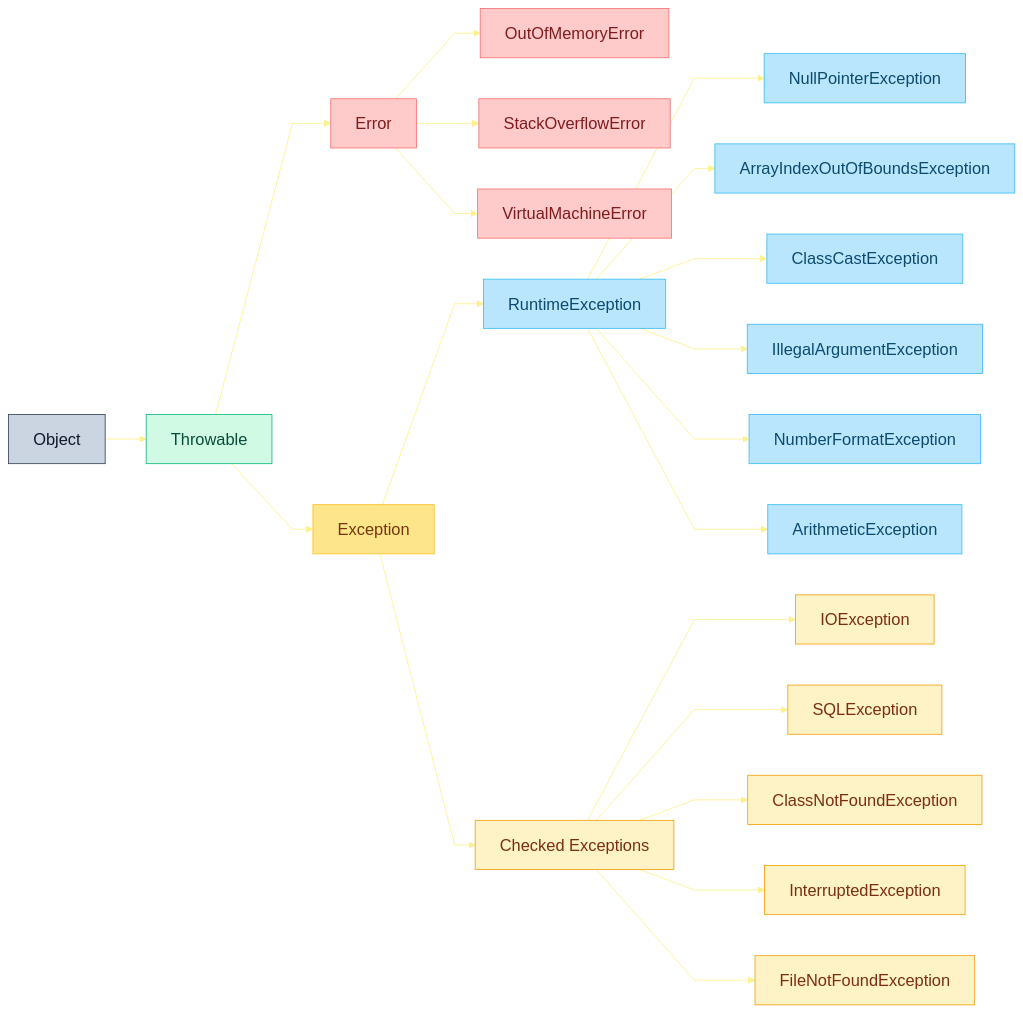
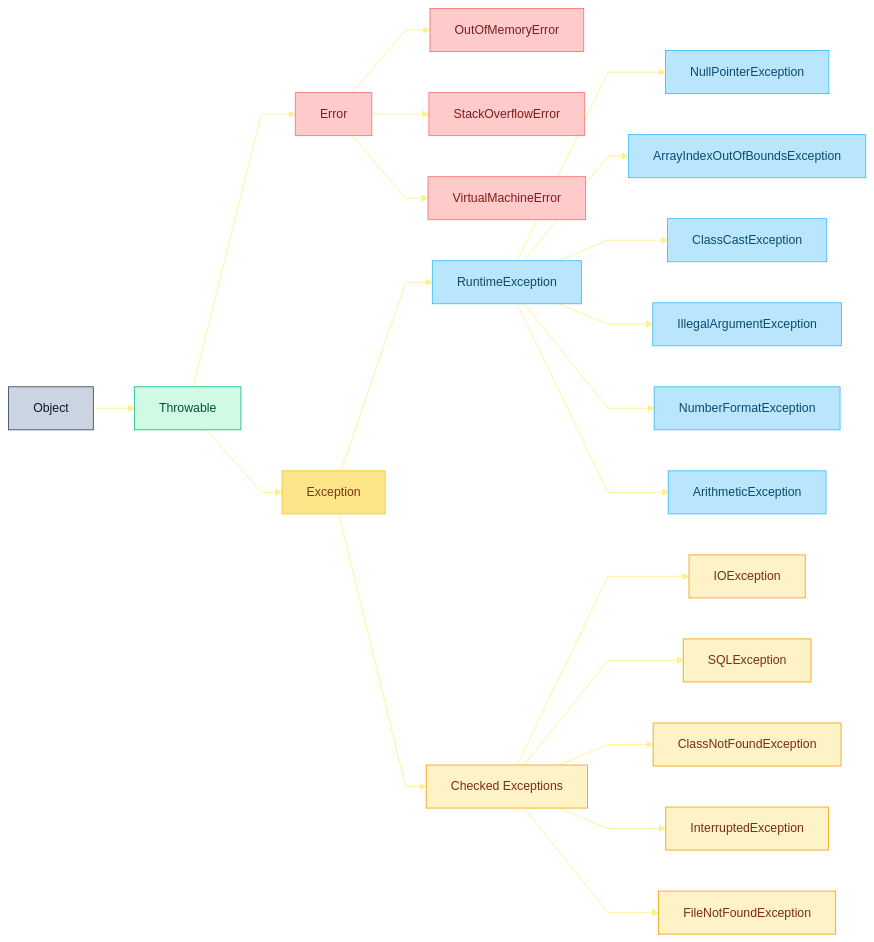
The diagram in til/2-3-exception-handling.md (jeongmo-bae/java-daily-study), drawn with Mermaid before and after one commit.

Commit message:
docs : upload TIL 2-3-exception-handling.md

````diff
--- a/til/2-3-exception-handling.md
+++ b/til/2-3-exception-handling.md
@@ -4,43 +4,43 @@
 ```mermaid
 %%{init:{
   "flowchart":{"curve":"linear"},
   "theme":"base",
   "themeVariables":{
-    "fontSize":"20px",
+    "fontSize":"15px",
     "lineColor":"#fef08a"
   }
 }}%%
 
 graph LR
     O[Object]:::root
     O --> T[Throwable]:::throwable
     T --> E[Error]:::error
     T --> X[Exception]:::exception
 
     E --> E1[OutOfMemoryError]:::error
     E --> E2[StackOverflowError]:::error
     E --> E3[VirtualMachineError]:::error
 
     X --> R[RuntimeException]:::runtime
     R --> R1[NullPointerException]:::runtime
     R --> R2[ArrayIndexOutOfBoundsException]:::runtime
     R --> R3[ClassCastException]:::runtime
     R --> R4[IllegalArgumentException]:::runtime
     R --> R5[NumberFormatException]:::runtime
     R --> R6[ArithmeticException]:::runtime
 
     X --> C[Checked Exceptions]:::checked
     C --> C1[IOException]:::checked
     C --> C2[SQLException]:::checked
     C --> C3[ClassNotFoundException]:::checked
     C --> C4[InterruptedException]:::checked
     C --> C5[FileNotFoundException]:::checked
 
 %% 스타일 정의 (파스텔톤)
     classDef root fill:#cbd5e1,stroke:#334155,color:#0f172a;
     classDef throwable fill:#d1fae5,stroke:#10b981,color:#064e3b;
     classDef error fill:#fecaca,stroke:#f87171,color:#7f1d1d;
     classDef exception fill:#fde68a,stroke:#fbbf24,color:#78350f;
     classDef runtime fill:#bae6fd,stroke:#38bdf8,color:#0c4a6e;
     classDef checked fill:#fef3c7,stroke:#f59e0b,color:#7c2d12;
 ```
````
